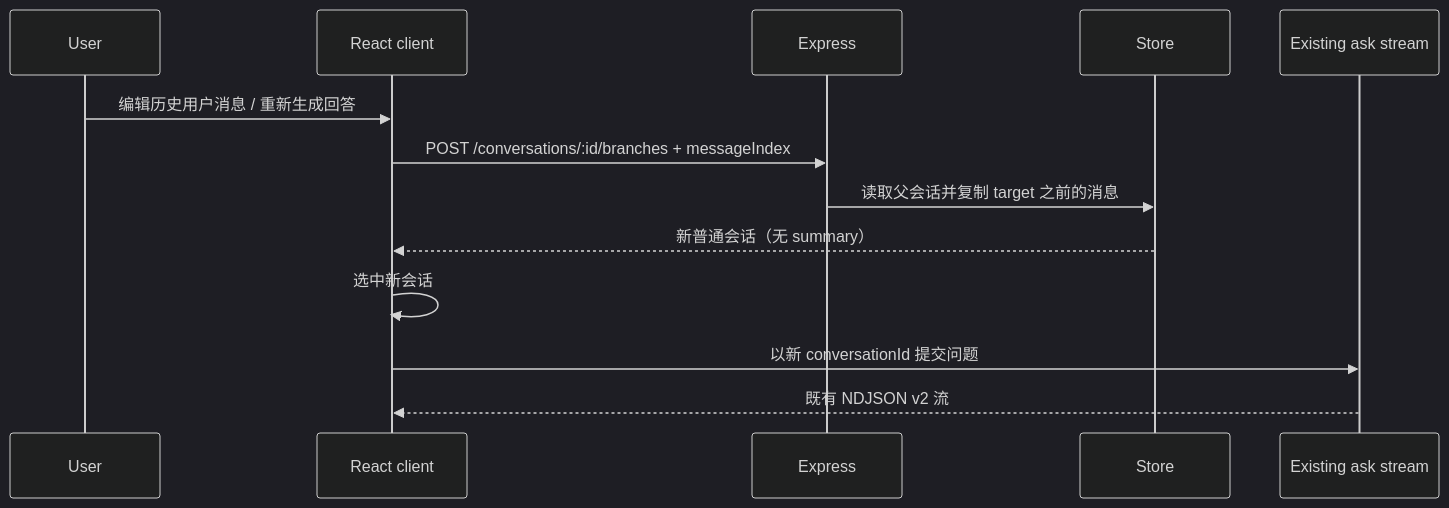
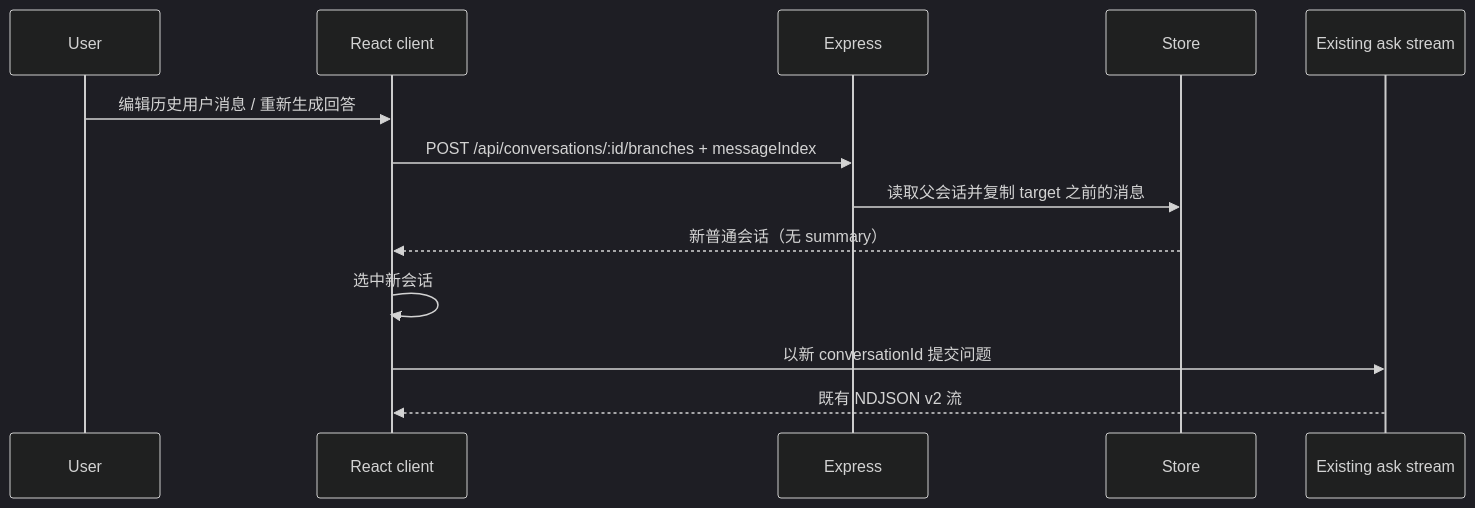
The seventh of 9 diagrams in docs/architecture.md (imingsmings/chatbot-dev), drawn with Mermaid (dark theme) before and after one commit. The commit also changed other lines of this file and 21 other files, not shown here.

````diff
--- a/docs/architecture.md
+++ b/docs/architecture.md
@@ -253,16 +253,16 @@
 ```mermaid
 sequenceDiagram
   participant U as User
   participant C as React client
   participant E as Express
   participant D as Store
   participant S as Existing ask stream
 
   U->>C: 编辑历史用户消息 / 重新生成回答
-  C->>E: POST /conversations/:id/branches + messageIndex
+  C->>E: POST /api/conversations/:id/branches + messageIndex
   E->>D: 读取父会话并复制 target 之前的消息
   D-->>C: 新普通会话（无 summary）
   C->>C: 选中新会话
   C->>S: 以新 conversationId 提交问题
   S-->>C: 既有 NDJSON v2 流
 ```
````
